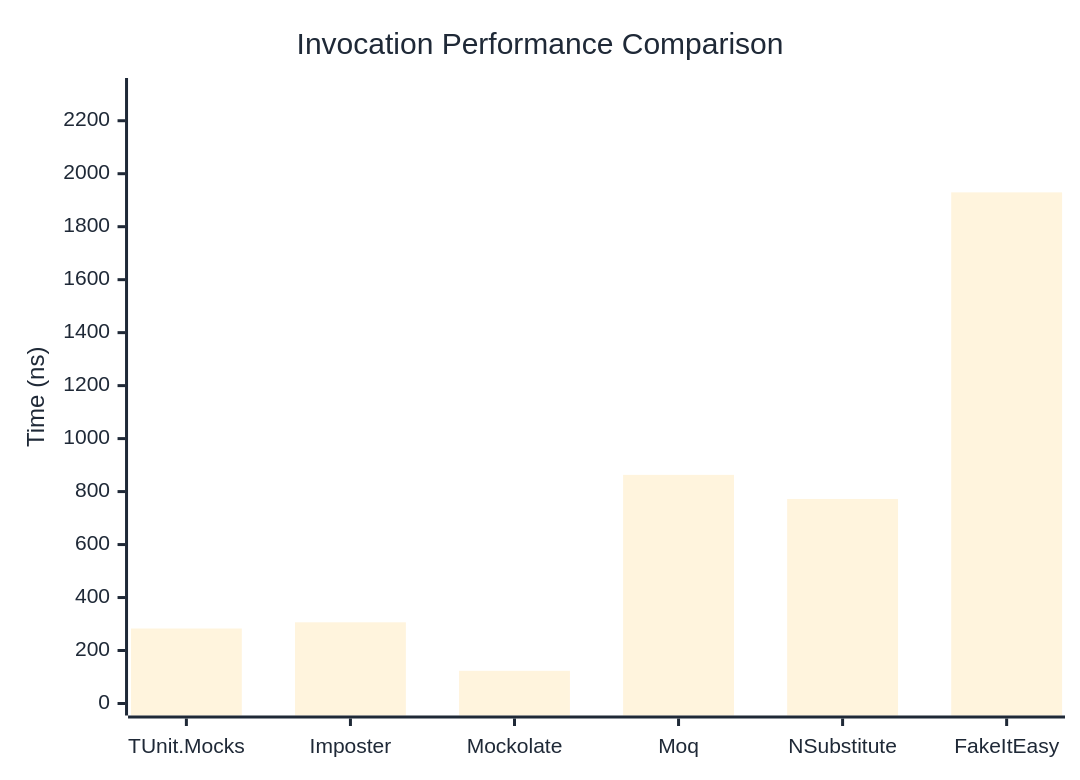
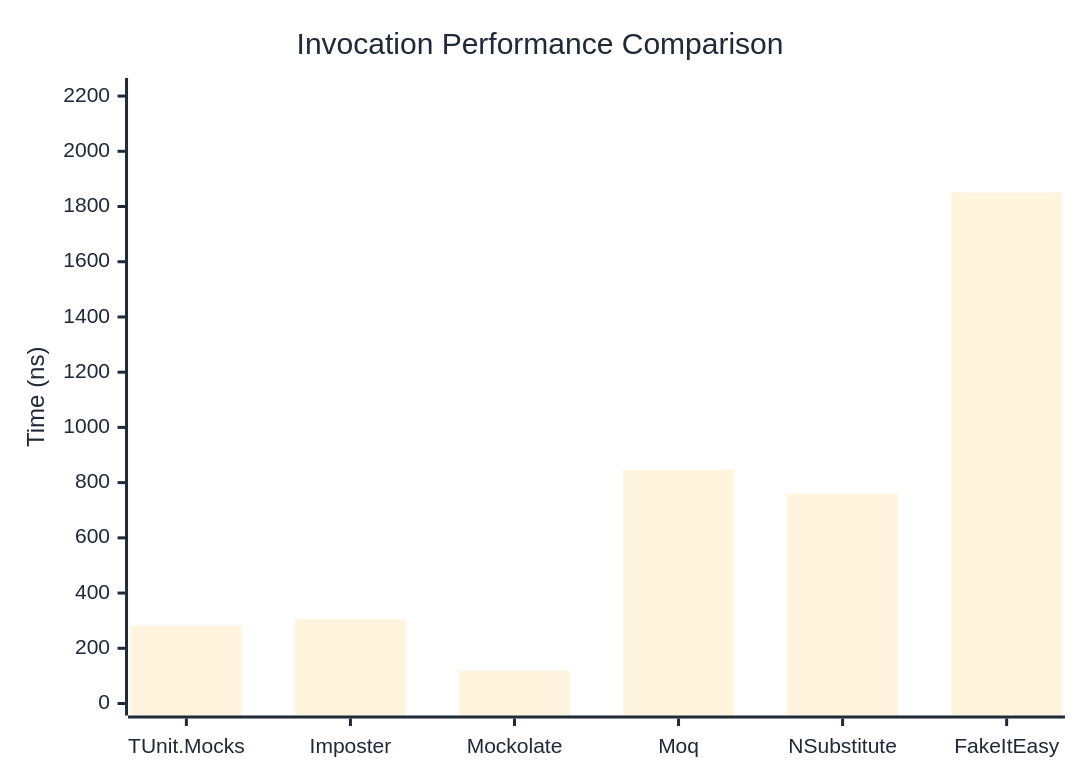
One commit to thomhurst/TUnit changed the first of 3 diagrams in docs/docs/benchmarks/mocks/Invocation.md. Above: the diagram before and after it, drawn with Mermaid. The commit also changed other lines of this file and 14 other files, not shown here.

````diff
--- a/docs/docs/benchmarks/mocks/Invocation.md
+++ b/docs/docs/benchmarks/mocks/Invocation.md
@@ -30,27 +30,27 @@
 ```mermaid
 %%{init: {
   'theme':'base',
   'themeVariables': {
     'primaryColor': '#2563eb',
     'primaryTextColor': '#1f2937',
     'primaryBorderColor': '#1e40af',
     'lineColor': '#6b7280',
     'secondaryColor': '#7c3aed',
     'tertiaryColor': '#dc2626',
     'background': '#ffffff',
     'pie1': '#2563eb',
     'pie2': '#7c3aed',
     'pie3': '#dc2626',
     'pie4': '#f59e0b',
     'pie5': '#10b981',
     'pie6': '#06b6d4',
     'pie7': '#ec4899',
     'pie8': '#6366f1'
   }
 }}%%
 xychart-beta
   title "Invocation Performance Comparison"
   x-axis ["TUnit.Mocks", "Imposter", "Mockolate", "Moq", "NSubstitute", "FakeItEasy"]
-  y-axis "Time (ns)" 0 --> 2316
-  bar [283.1, 306.5, 123.4, 863.1, 772.1, 1929.6]
+  y-axis "Time (ns)" 0 --> 2222
+  bar [281.2, 305.8, 119.2, 847, 759.6, 1850.9]
 ```
````
